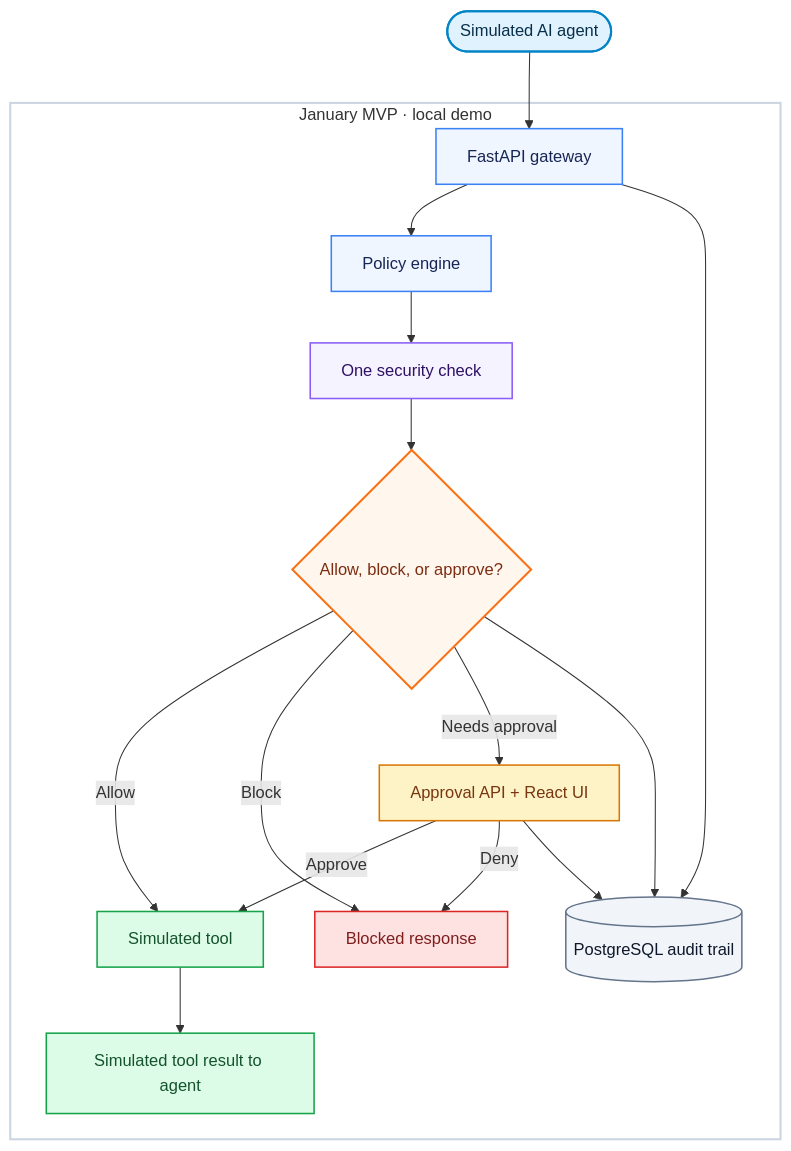
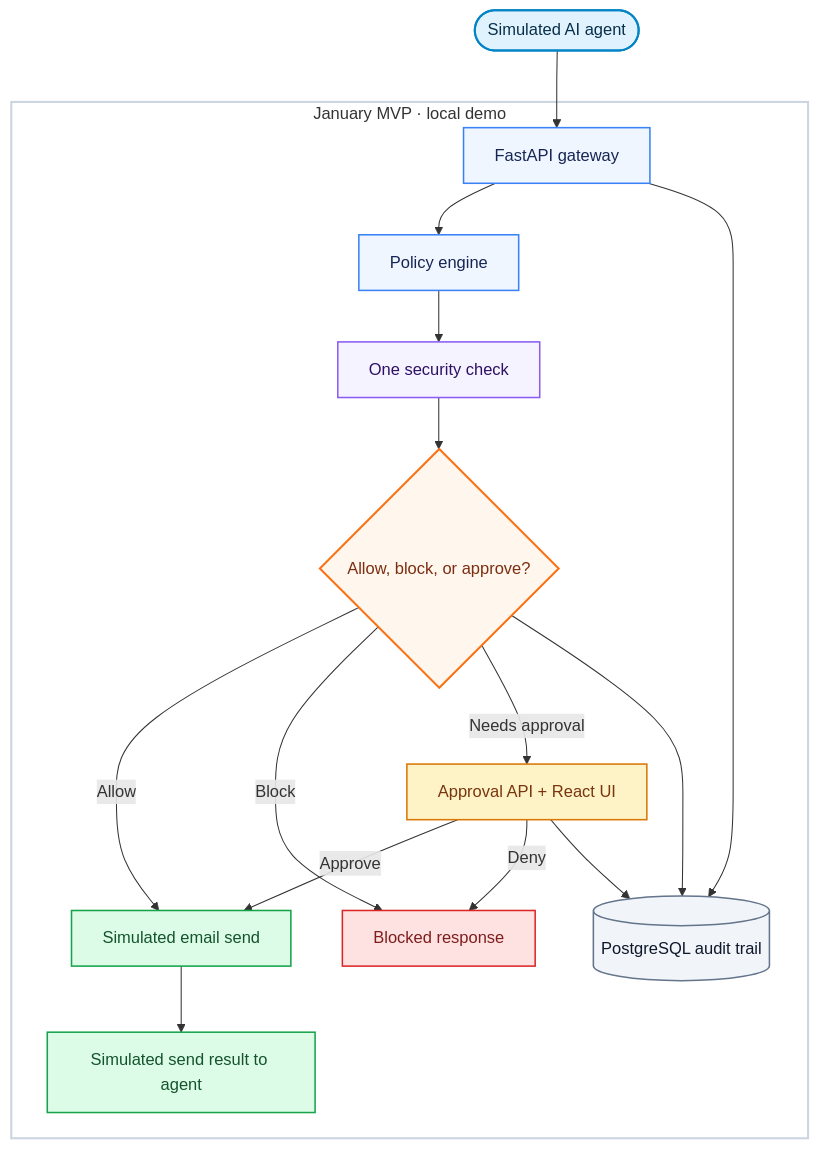
The first of 2 diagrams in README.md (DSC-McMaster-U/agent-guard), drawn with Mermaid before and after one commit. The commit also changed other lines of this file and 1 other file, not shown here.

Commit message:
docs: choose simulated email for showcase demo (#54)

````diff
--- a/README.md
+++ b/README.md
@@ -68,33 +70,33 @@
 ```mermaid
 flowchart TB
     agent(["Simulated AI agent"]):::actor
 
     subgraph mvp["January MVP · local demo"]
         gateway["FastAPI gateway"]:::service --> policy["Policy engine"]:::service
         policy --> detector["One security check"]:::security
         detector --> decision{"Allow, block, or approve?"}:::decision
 
-        decision -->|Allow| tool["Simulated tool"]:::success
+        decision -->|Allow| tool["Simulated email send"]:::success
         decision -->|Block| blocked["Blocked response"]:::blocked
         decision -->|Needs approval| approval["Approval API + React UI"]:::review
         approval -->|Approve| tool
         approval -->|Deny| blocked
 
-        tool --> result["Simulated tool result to agent"]:::success
+        tool --> result["Simulated send result to agent"]:::success
         gateway --> audit[("PostgreSQL audit trail")]:::data
         decision --> audit
         approval --> audit
     end
 
     agent --> gateway
 
     classDef actor fill:#e0f2fe,stroke:#0284c7,color:#082f49,stroke-width:2px
     classDef service fill:#eff6ff,stroke:#3b82f6,color:#172554,stroke-width:1.5px
     classDef security fill:#f5f3ff,stroke:#8b5cf6,color:#2e1065,stroke-width:1.5px
     classDef decision fill:#fff7ed,stroke:#f97316,color:#7c2d12,stroke-width:2px
     classDef review fill:#fef3c7,stroke:#d97706,color:#78350f,stroke-width:1.5px
     classDef success fill:#dcfce7,stroke:#16a34a,color:#14532d,stroke-width:1.5px
     classDef blocked fill:#fee2e2,stroke:#dc2626,color:#7f1d1d,stroke-width:1.5px
     classDef data fill:#f1f5f9,stroke:#64748b,color:#0f172a,stroke-width:1.5px
     style mvp fill:#ffffff,stroke:#cbd5e1,stroke-width:2px
 ```
````
